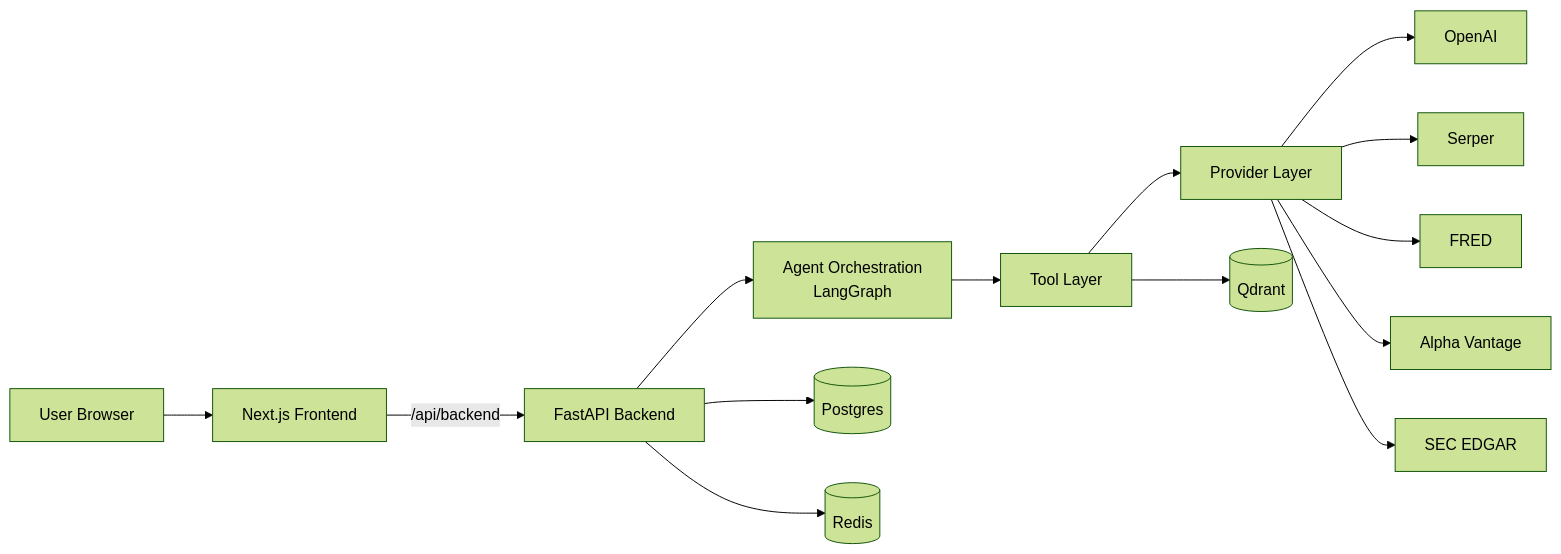
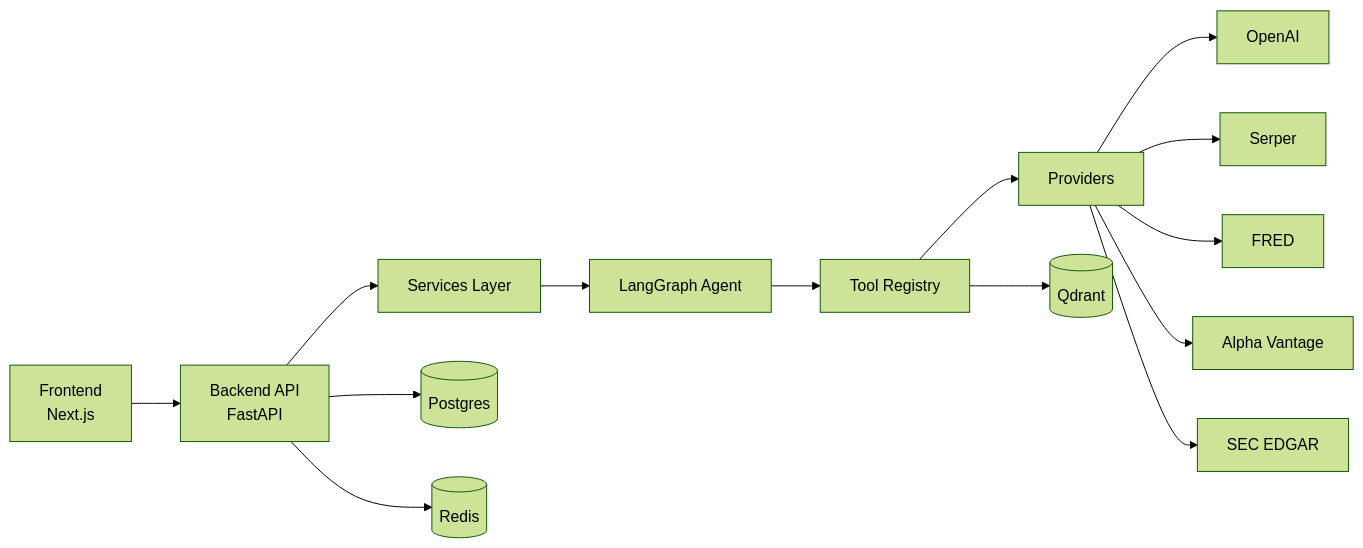
One commit to Fejjii/AlphaLens-AI changed the first of 7 diagrams in docs/architecture.md. Above: the diagram before and after it, drawn with Mermaid (forest theme). The commit also changed other lines of this file and 18 other files, not shown here.

````diff
--- a/docs/architecture.md
+++ b/docs/architecture.md
@@ -7,35 +7,18 @@
 ```mermaid
 flowchart LR
-    U[User Browser]
-    FE[Next.js Frontend]
-    BE[FastAPI Backend]
-    ORCH[Agent Orchestration<br/>LangGraph]
-    TOOLS[Tool Layer]
-    PROV[Provider Layer]
+    FE[Frontend<br/>Next.js] --> API[Backend API<br/>FastAPI]
+    API --> SVC[Services Layer]
+    SVC --> AG[LangGraph Agent]
+    AG --> TL[Tool Registry]
+    TL --> PR[Providers]
 
-    PG[(Postgres)]
-    RD[(Redis)]
-    QD[(Qdrant)]
+    API --> PG[(Postgres)]
+    API --> RD[(Redis)]
+    TL --> QD[(Qdrant)]
 
-    OA[OpenAI]
-    SP[Serper]
-    FR[FRED]
-    AV[Alpha Vantage]
-    SEC[SEC EDGAR]
-
-    U --> FE
-    FE -->|/api/backend| BE
-    BE --> ORCH
-    ORCH --> TOOLS
-    TOOLS --> PROV
-
-    BE --> PG
-    BE --> RD
-    TOOLS --> QD
-
-    PROV --> OA
-    PROV --> SP
-    PROV --> FR
-    PROV --> AV
-    PROV --> SEC
+    PR --> OA[OpenAI]
+    PR --> SP[Serper]
+    PR --> FR[FRED]
+    PR --> AV[Alpha Vantage]
+    PR --> SEC[SEC EDGAR]
 ```
````
